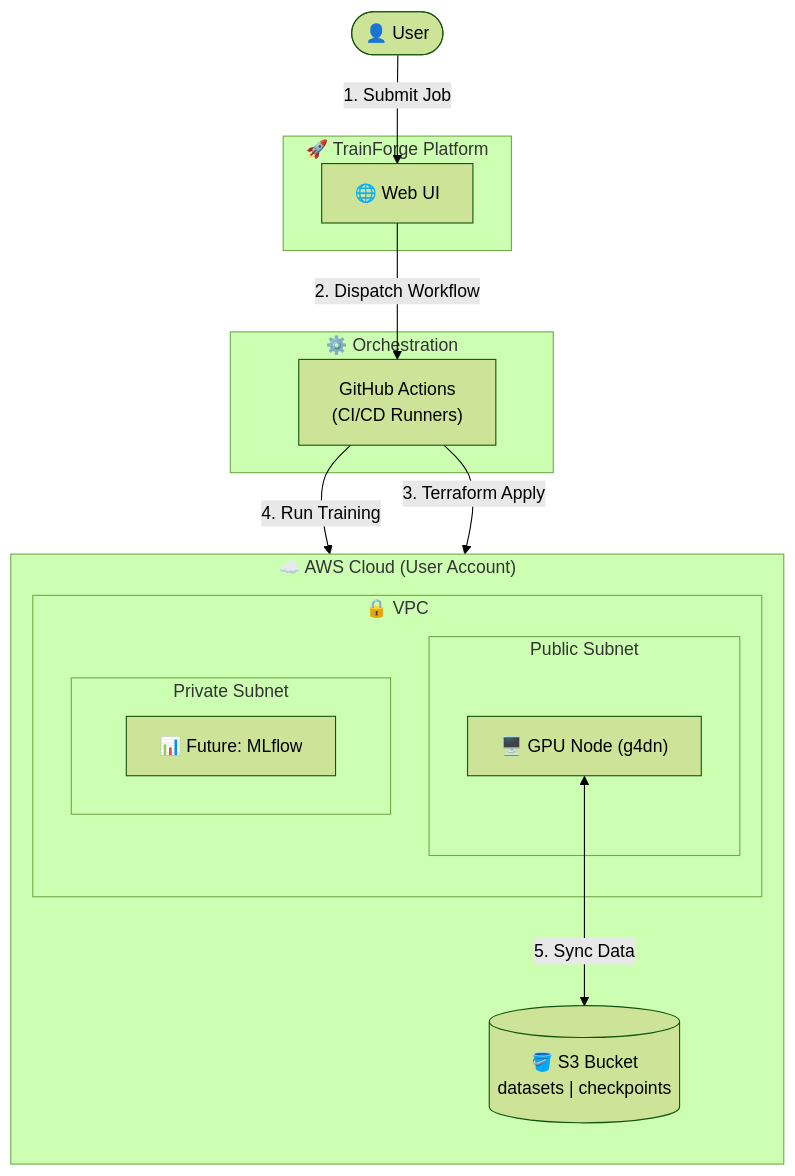
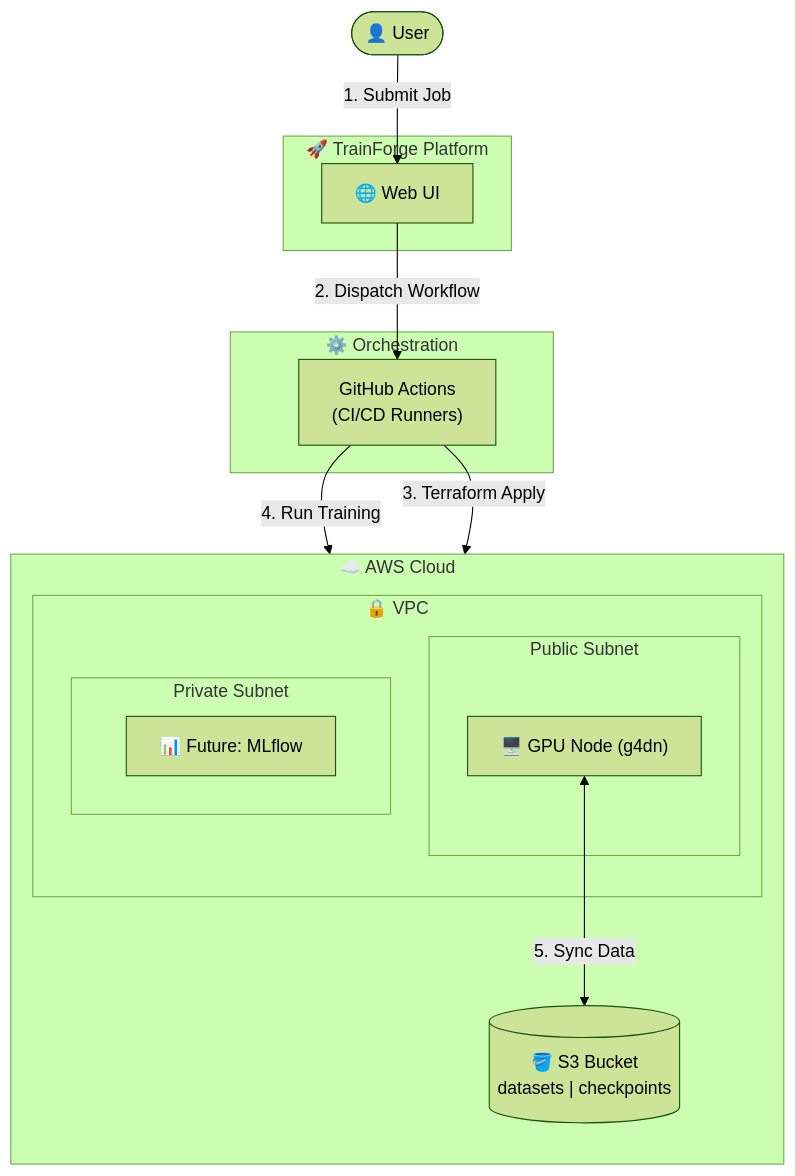
Before and after one commit to digsh0t/trainforge: the second of 2 diagrams in README.md, drawn with Mermaid (forest theme).

Commit message:
README.md fix minor box text in architecture

````diff
--- a/README.md
+++ b/README.md
@@ -29,32 +29,32 @@
 ```mermaid
 graph TB
     User([👤 User])
 
     subgraph Platform["🚀 TrainForge Platform"]
         Web["🌐 Web UI"]
     end
 
     subgraph Orchestration["⚙️ Orchestration"]
         GH["GitHub Actions<br/>(CI/CD Runners)"]
     end
 
-    subgraph AWS["☁️ AWS Cloud (User Account)"]
+    subgraph AWS["☁️ AWS Cloud"]
         direction TB
         subgraph VPC["🔒 VPC"]
             subgraph Public["Public Subnet"]
                 GPU["🖥️ GPU Node (g4dn)"]
             end
             subgraph Private["Private Subnet"]
                 Monitor["📊 Future: MLflow"]
             end
         end
 
         S3[("🪣 S3 Bucket<br/>datasets | checkpoints")]
     end
 
     User -->|1. Submit Job| Web
     Web -->|2. Dispatch Workflow| GH
     GH -->|3. Terraform Apply| VPC
     GH -->|4. Run Training| GPU
     GPU <-->|5. Sync Data| S3
 ```
````
